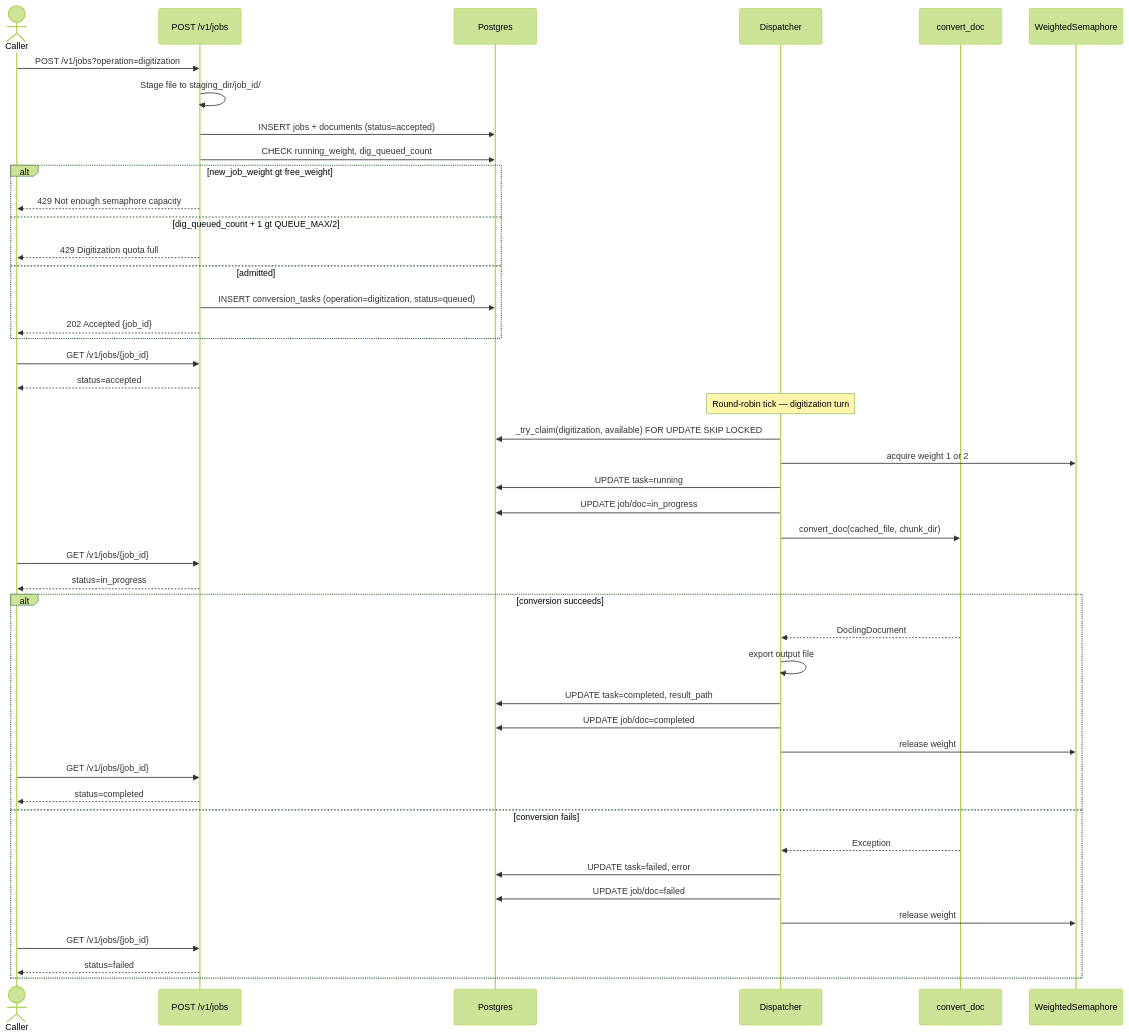
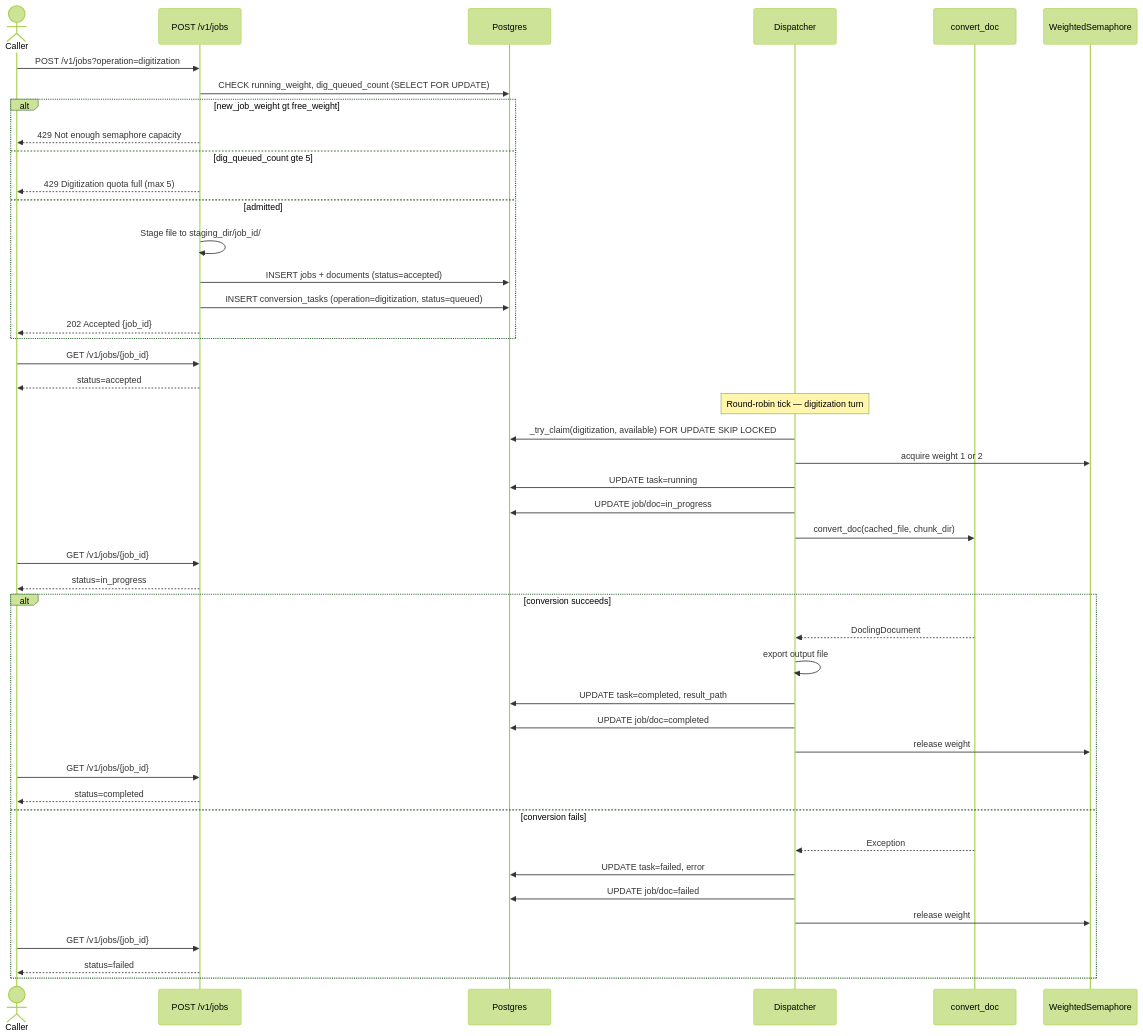
Before and after one commit to IBM/project-ai-services: the second of 6 diagrams in docs/proposals/docling_conversion_queue.md, drawn with Mermaid (forest theme). The commit also changed other lines of this file, not shown here.

````diff
--- a/docs/proposals/docling_conversion_queue.md
+++ b/docs/proposals/docling_conversion_queue.md
@@ -670,52 +784,52 @@
 ```mermaid
 sequenceDiagram
     actor C as Caller
     participant API as POST /v1/jobs
     participant DB as Postgres
     participant D as Dispatcher
     participant W as convert_doc
     participant S as WeightedSemaphore
 
     C->>API: POST /v1/jobs?operation=digitization
-    API->>API: Stage file to staging_dir/job_id/
-    API->>DB: INSERT jobs + documents (status=accepted)
-    API->>DB: CHECK running_weight, dig_queued_count
+    API->>DB: CHECK running_weight, dig_queued_count (SELECT FOR UPDATE)
     alt new_job_weight gt free_weight
         API-->>C: 429 Not enough semaphore capacity
-    else dig_queued_count + 1 gt QUEUE_MAX/2
-        API-->>C: 429 Digitization quota full
+    else dig_queued_count gte 5
+        API-->>C: 429 Digitization quota full (max 5)
     else admitted
+        API->>API: Stage file to staging_dir/job_id/
+        API->>DB: INSERT jobs + documents (status=accepted)
         API->>DB: INSERT conversion_tasks (operation=digitization, status=queued)
         API-->>C: 202 Accepted {job_id}
     end
 
     C->>API: GET /v1/jobs/{job_id}
     API-->>C: status=accepted
 
     Note over D: Round-robin tick — digitization turn
     D->>DB: _try_claim(digitization, available) FOR UPDATE SKIP LOCKED
     D->>S: acquire weight 1 or 2
     D->>DB: UPDATE task=running
     D->>DB: UPDATE job/doc=in_progress
     D->>W: convert_doc(cached_file, chunk_dir)
 
     C->>API: GET /v1/jobs/{job_id}
     API-->>C: status=in_progress
 
     alt conversion succeeds
         W-->>D: DoclingDocument
         D->>D: export output file
         D->>DB: UPDATE task=completed, result_path
         D->>DB: UPDATE job/doc=completed
         D->>S: release weight
         C->>API: GET /v1/jobs/{job_id}
         API-->>C: status=completed
     else conversion fails
         W-->>D: Exception
         D->>DB: UPDATE task=failed, error
         D->>DB: UPDATE job/doc=failed
         D->>S: release weight
         C->>API: GET /v1/jobs/{job_id}
         API-->>C: status=failed
     end
 ```
````
